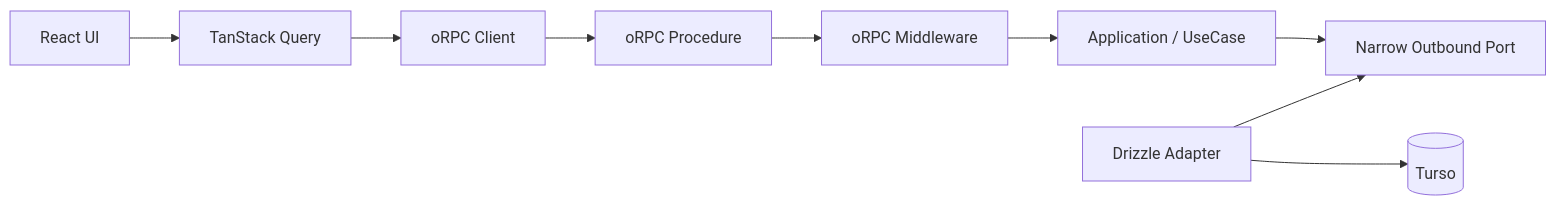
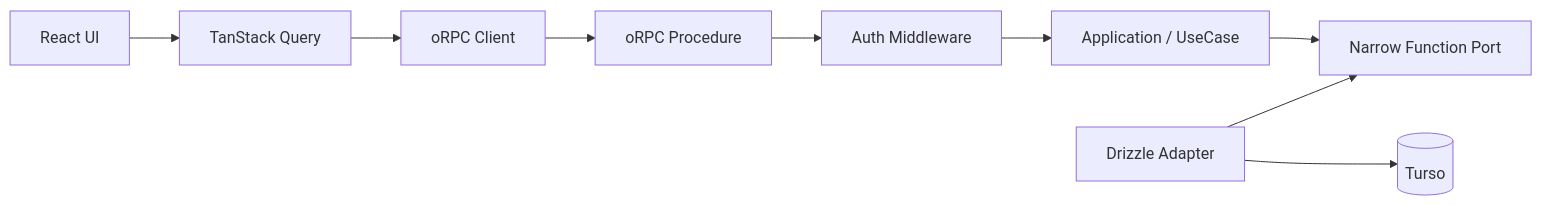
One commit to koralle/pantry changed the first of 2 diagrams in docs/superpowers/specs/2026-08-22-application-architecture-evolution-design.md. Above: the diagram before and after it, drawn with Mermaid. The commit also changed other lines of this file, not shown here.

Commit message:
docs: refine oRPC lifecycle and observability

````diff
--- a/docs/superpowers/specs/2026-08-22-application-architecture-evolution-design.md
+++ b/docs/superpowers/specs/2026-08-22-application-architecture-evolution-design.md
@@ -205,21 +193,21 @@
 ```mermaid
 flowchart LR
   UI[React UI]
   TQ[TanStack Query]
   CLIENT[oRPC Client]
   RPC[oRPC Procedure]
-  MW[oRPC Middleware]
+  AUTH[Auth Middleware]
   UC[Application / UseCase]
-  PORT[Narrow Outbound Port]
+  PORT[Narrow Function Port]
   INFRA[Drizzle Adapter]
   DB[(Turso)]
 
   UI --> TQ
   TQ --> CLIENT
   CLIENT --> RPC
-  RPC --> MW
-  MW --> UC
+  RPC --> AUTH
+  AUTH --> UC
   UC --> PORT
   INFRA --> PORT
   INFRA --> DB
 ```
````
